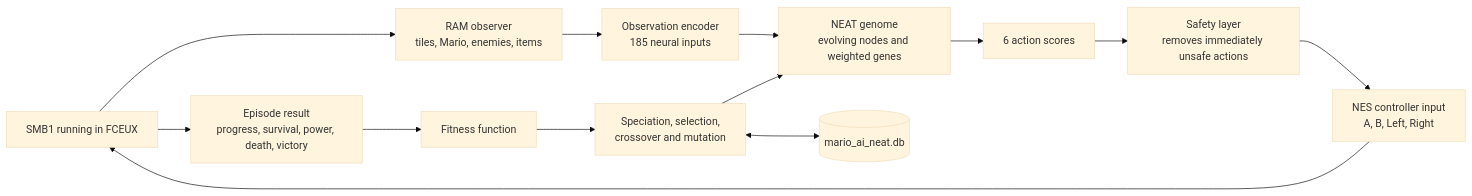
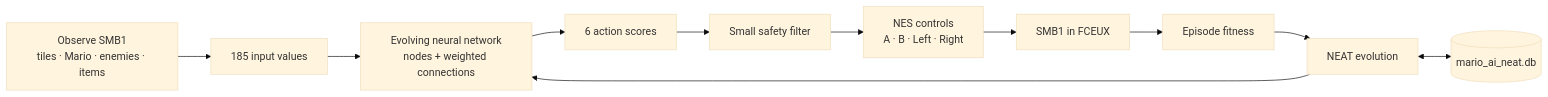
The second of 5 diagrams in README.md (heaven-hm/mario-ai-neat), drawn with Mermaid (base theme) before and after one commit. The commit also changed other lines of this file and 1 other file, not shown here.

````diff
--- a/README.md
+++ b/README.md
@@ -32,18 +78,13 @@
 ```mermaid
 flowchart LR
-    Game["SMB1 running in FCEUX"]
-    RAM["RAM observer<br/>tiles, Mario, enemies, items"]
-    Encoder["Observation encoder<br/>185 neural inputs"]
-    Genome["NEAT genome<br/>evolving nodes and weighted genes"]
-    Scores["6 action scores"]
-    Shield["Safety layer<br/>removes immediately unsafe actions"]
-    Pad["NES controller input<br/>A, B, Left, Right"]
-    Result["Episode result<br/>progress, survival, power, death, victory"]
-    Fitness["Fitness function"]
-    Evolution["Speciation, selection,<br/>crossover and mutation"]
-    Database[("mario_ai_neat.db")]
-
-    Game --> RAM --> Encoder --> Genome --> Scores --> Shield --> Pad --> Game
-    Game --> Result --> Fitness --> Evolution --> Genome
-    Evolution <--> Database
+    Observe["Observe SMB1<br/>tiles · Mario · enemies · items"] --> Inputs["185 input values"]
+    Inputs --> Policy["Evolving neural network<br/>nodes + weighted connections"]
+    Policy --> Scores["6 action scores"]
+    Scores --> Safety["Small safety filter"]
+    Safety --> Controls["NES controls<br/>A · B · Left · Right"]
+    Controls --> Game["SMB1 in FCEUX"]
+    Game --> Fitness["Episode fitness"]
+    Fitness --> Evolution["NEAT evolution"]
+    Evolution --> Policy
+    Evolution <--> Database[("mario_ai_neat.db")]
 ```
````
